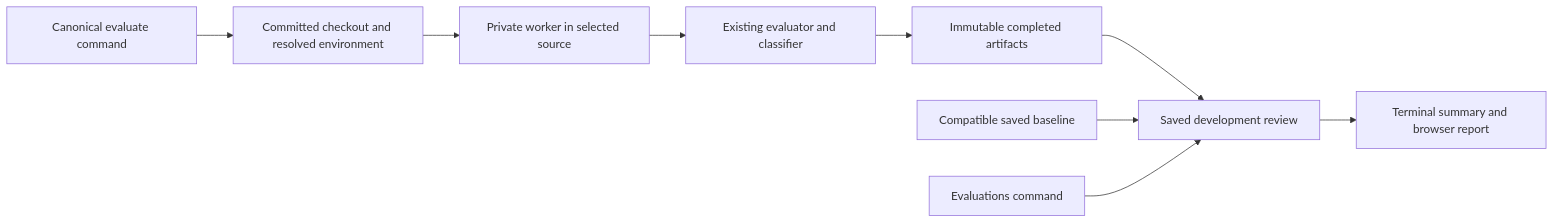
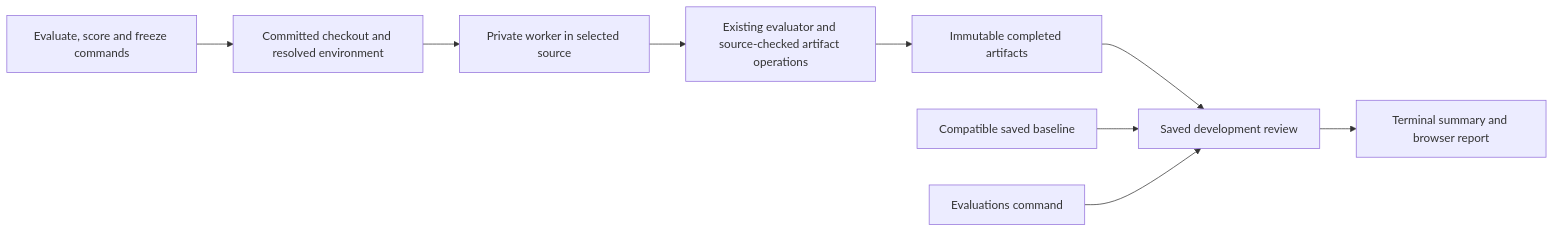
Before and after one commit to aidevcode9/voice-callback-review: the ninth of 9 diagrams in docs/ARCHITECTURE.md, drawn with Mermaid. The commit also changed other lines of this file and 10 other files, not shown here.

````diff
--- a/docs/ARCHITECTURE.md
+++ b/docs/ARCHITECTURE.md
@@ -166,11 +166,11 @@
 ```mermaid
 flowchart LR
-    Command[Canonical evaluate command] --> Prepare[Committed checkout and resolved environment]
+    Command[Evaluate, score and freeze commands] --> Prepare[Committed checkout and resolved environment]
     Prepare --> Worker[Private worker in selected source]
-    Worker --> Engine[Existing evaluator and classifier]
+    Worker --> Engine[Existing evaluator and source-checked artifact operations]
     Engine --> Artifacts[Immutable completed artifacts]
     Artifacts --> Review[Saved development review]
     Baseline[Compatible saved baseline] --> Review
     Review --> Summary[Terminal summary and browser report]
     History[Evaluations command] --> Review
 ```
````
